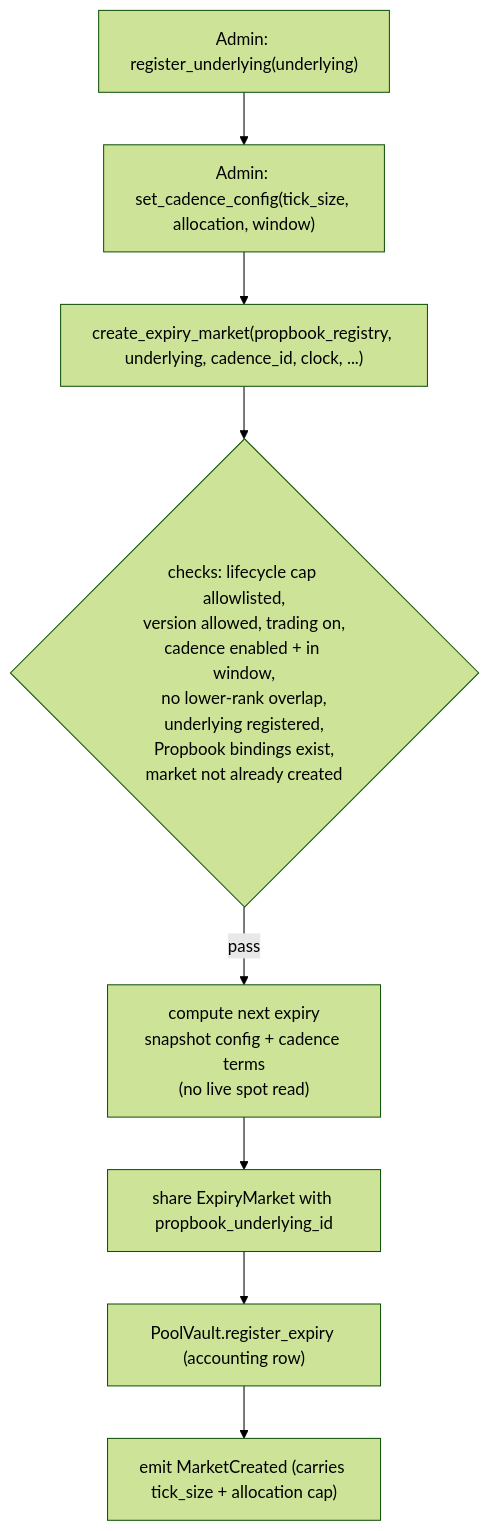
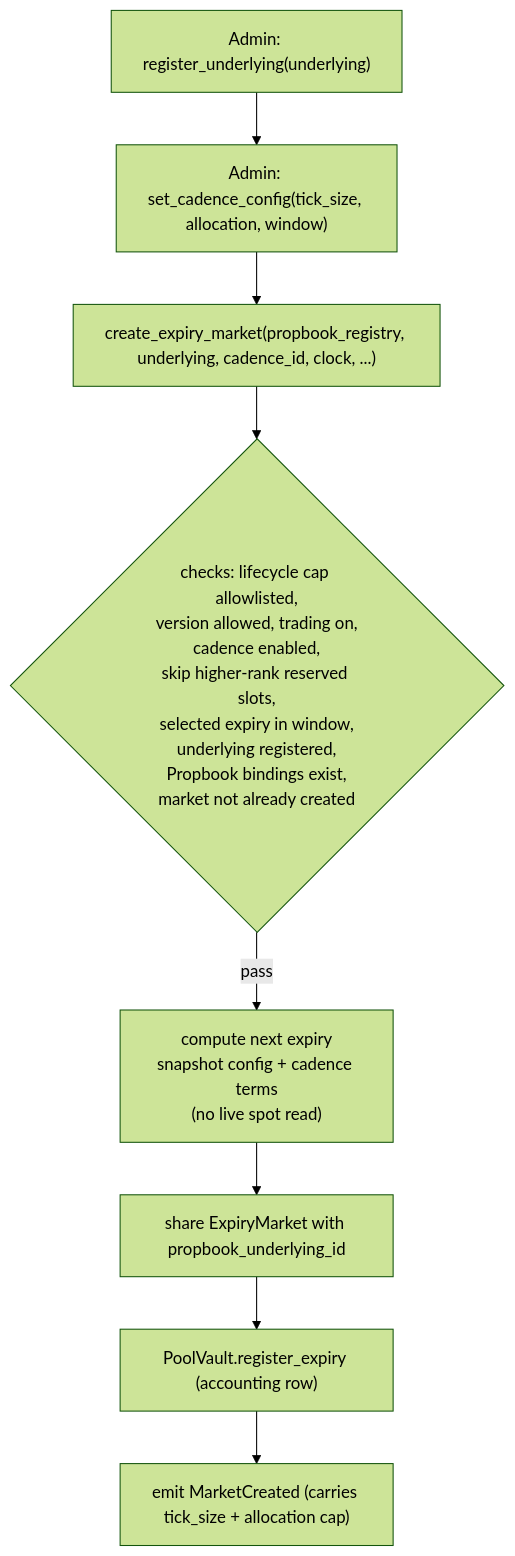
Before and after one commit to MystenLabs/deepbookv3: the first of 2 diagrams in packages/predict/docs/concepts/markets-and-positions.md, drawn with Mermaid (forest theme). The commit also changed other lines of this file and 3 other files, not shown here.

Commit message:
Skip reserved cadence expiries

````diff
--- a/packages/predict/docs/concepts/markets-and-positions.md
+++ b/packages/predict/docs/concepts/markets-and-positions.md
@@ -26,10 +26,10 @@
 ```mermaid
 flowchart TD
   A["Admin: register_underlying(underlying)"] --> B["Admin: set_cadence_config(tick_size, allocation, window)"]
   B --> C["create_expiry_market(propbook_registry, underlying, cadence_id, clock, ...)"]
-  C --> D{"checks: lifecycle cap allowlisted,<br/>version allowed, trading on,<br/>cadence enabled + in window,<br/>no lower-rank overlap,<br/>underlying registered,<br/>Propbook bindings exist,<br/>market not already created"}
+  C --> D{"checks: lifecycle cap allowlisted,<br/>version allowed, trading on,<br/>cadence enabled,<br/>skip higher-rank reserved slots,<br/>selected expiry in window,<br/>underlying registered,<br/>Propbook bindings exist,<br/>market not already created"}
   D -->|pass| E["compute next expiry<br/>snapshot config + cadence terms<br/>(no live spot read)"]
   E --> F["share ExpiryMarket with propbook_underlying_id"]
   F --> G["PoolVault.register_expiry (accounting row)"]
   G --> H["emit MarketCreated (carries tick_size + allocation cap)"]
 ```
````
